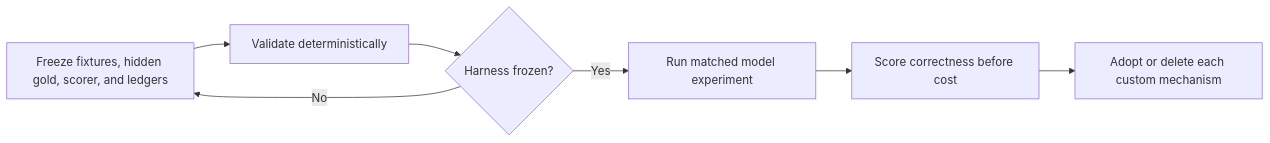
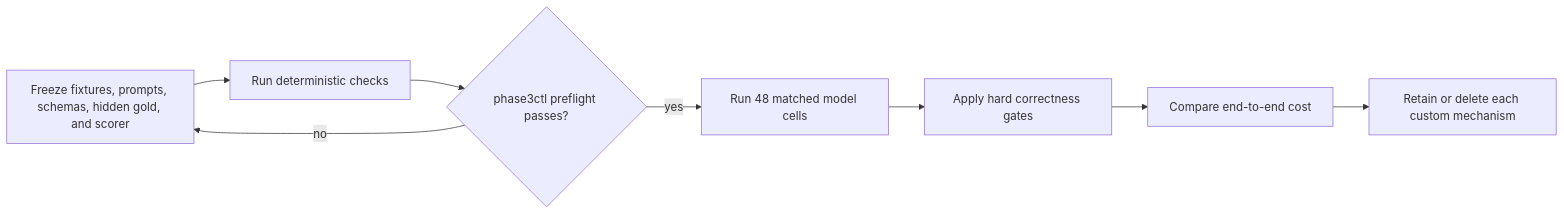
Before and after one commit to TakumiOkayasu/neologistic: the diagram in EXPERIMENT_PLAN.md, drawn with Mermaid. The commit also changed other lines of this file and 56 other files, not shown here.

Commit message:
Implement Phase 3 deterministic communication harness

````diff
--- a/EXPERIMENT_PLAN.md
+++ b/EXPERIMENT_PLAN.md
@@ -62,9 +64,10 @@
 ```mermaid
 flowchart LR
-    F[Freeze fixtures, hidden gold, scorer, and ledgers] --> V[Validate deterministically]
-    V --> M{Harness frozen?}
-    M -- No --> F
-    M -- Yes --> R[Run matched model experiment]
-    R --> S[Score correctness before cost]
-    S --> D[Adopt or delete each custom mechanism]
+    F[Freeze fixtures, prompts, schemas, hidden gold, and scorer] --> V[Run deterministic checks]
+    V --> M{phase3ctl preflight passes?}
+    M -- no --> F
+    M -- yes --> R[Run 48 matched model cells]
+    R --> S[Apply hard correctness gates]
+    S --> C[Compare end-to-end cost]
+    C --> D[Retain or delete each custom mechanism]
 ```
````
